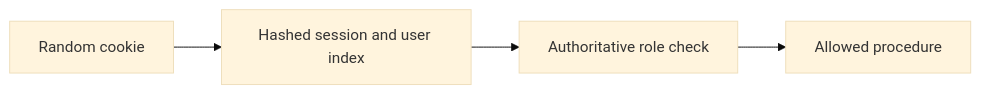
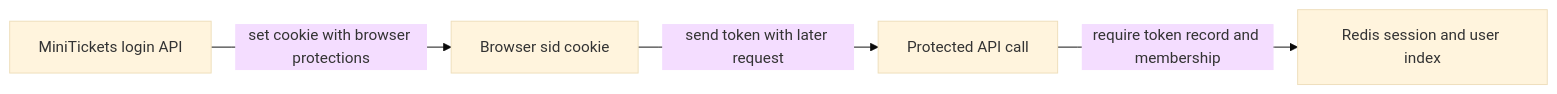
Before and after one commit to maheshnd/minitickets: the diagram in docs/handbook/concepts/session-cookie.md, drawn with Mermaid (base theme). The commit also changed other lines of this file and 119 other files, not shown here.

````diff
--- a/docs/handbook/concepts/session-cookie.md
+++ b/docs/handbook/concepts/session-cookie.md
@@ -17,7 +18,6 @@
 ```mermaid
 flowchart LR
-    n0["Random cookie"] --> n1
-    n1["Hashed session and user index"] --> n2
-    n2["Authoritative role check"] --> n3
-    n3["Allowed procedure"]
+    login["MiniTickets login API"] -->|"set cookie with browser protections"| browser["Browser sid cookie"]
+    browser -->|"send token with later request"| api["Protected API call"]
+    api -->|"require token record and membership"| redis["Redis session and user index"]
 ```
````
